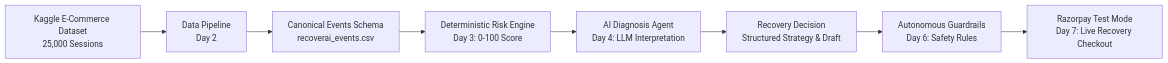
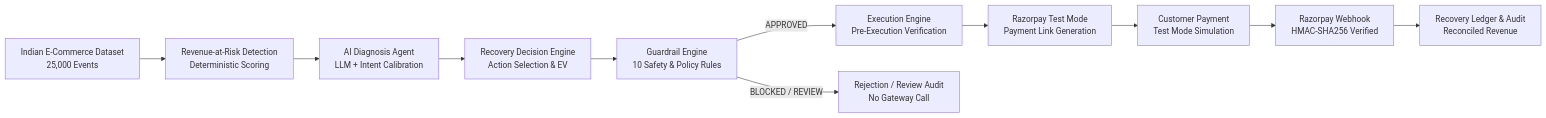
One commit to LakshGarg17/RecoverAI changed the diagram in README.md. Above: the diagram before and after it, drawn with Mermaid. The commit also changed other lines of this file and 1 other file, not shown here.

````diff
--- a/README.md
+++ b/README.md
@@ -18,10 +20,13 @@
 ```mermaid
 flowchart LR
-    A[Kaggle E-Commerce Dataset<br/>25,000 Sessions] --> B[Data Pipeline<br/>Day 2]
-    B --> C[Canonical Events Schema<br/>recoverai_events.csv]
-    C --> D[Deterministic Risk Engine<br/>Day 3: 0-100 Score]
-    D --> E[AI Diagnosis Agent<br/>Day 4: LLM Interpretation]
-    E --> F[Recovery Decision<br/>Structured Strategy & Draft]
-    F --> G[Autonomous Guardrails<br/>Day 6: Safety Rules]
-    G --> H[Razorpay Test Mode<br/>Day 7: Live Recovery Checkout]
+    A[Indian E-Commerce Dataset<br/>25,000 Events] --> B[Revenue-at-Risk Detection<br/>Deterministic Scoring]
+    B --> C[AI Diagnosis Agent<br/>LLM + Intent Calibration]
+    C --> D[Recovery Decision Engine<br/>Action Selection & EV]
+    D --> E[Guardrail Engine<br/>10 Safety & Policy Rules]
+    E -->|APPROVED| F[Execution Engine<br/>Pre-Execution Verification]
+    E -->|BLOCKED / REVIEW| G[Rejection / Review Audit<br/>No Gateway Call]
+    F --> H[Razorpay Test Mode<br/>Payment Link Generation]
+    H --> I[Customer Payment<br/>Test Mode Simulation]
+    I --> J[Razorpay Webhook<br/>HMAC-SHA256 Verified]
+    J --> K[Recovery Ledger & Audit<br/>Reconciled Revenue]
 ```
````
